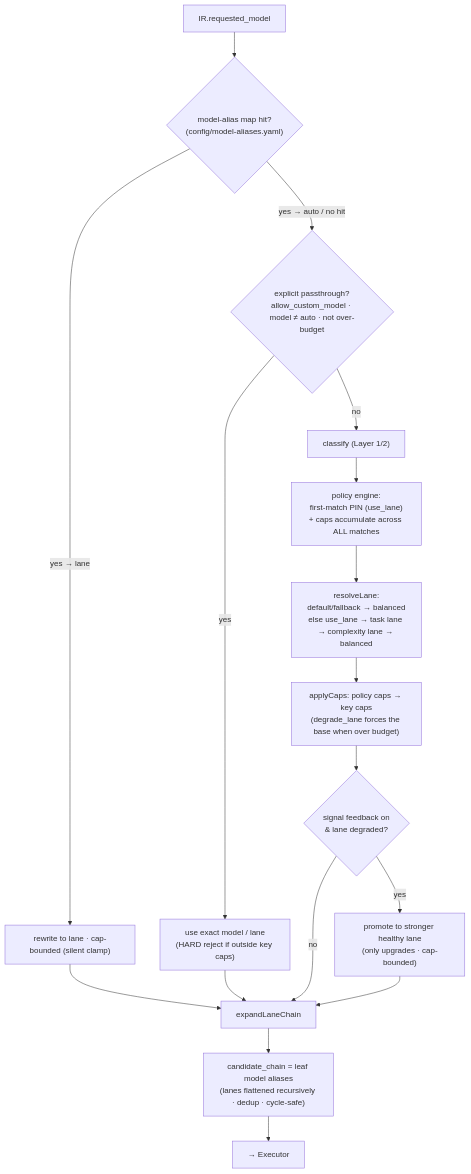
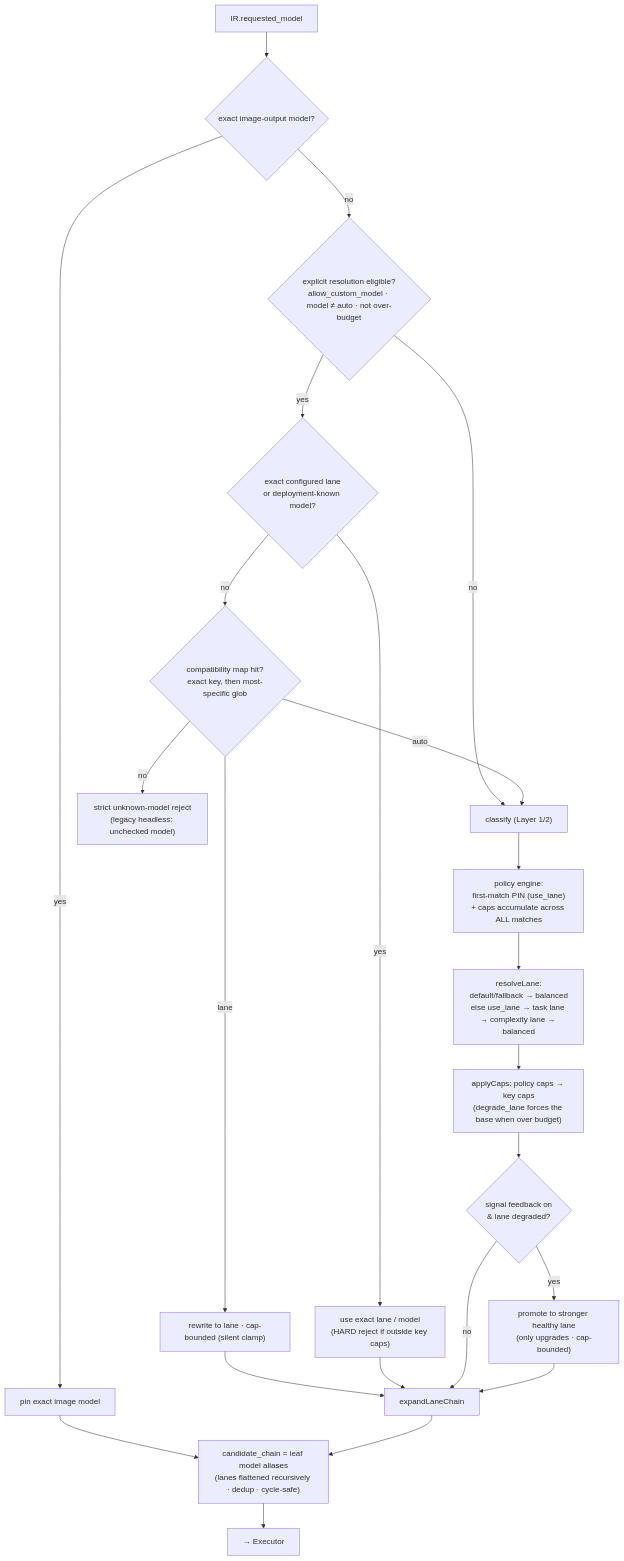
One commit to EasyMetaAu/helm-api changed the sixth of 13 diagrams in docs/architecture.md. Above: the diagram before and after it, drawn with Mermaid. The commit also changed other lines of this file and 8 other files, not shown here.

Commit message:
fix(routing): prefer exact model names

````diff
--- a/docs/architecture.md
+++ b/docs/architecture.md
@@ -256,19 +256,25 @@
 ```mermaid
 flowchart TD
-    A["IR.requested_model"] --> B{"model-alias map hit?<br/>(config/model-aliases.yaml)"}
-    B -- "yes → lane" --> C["rewrite to lane · cap-bounded (silent clamp)"]
-    B -- "yes → auto / no hit" --> D{"explicit passthrough?<br/>allow_custom_model · model ≠ auto · not over-budget"}
-    D -- "yes" --> P["use exact model / lane<br/>(HARD reject if outside key caps)"]
+    A["IR.requested_model"] --> I{"exact image-output model?"}
+    I -- "yes" --> IMG["pin exact image model"]
+    I -- "no" --> D{"explicit resolution eligible?<br/>allow_custom_model · model ≠ auto · not over-budget"}
     D -- "no" --> CL["classify (Layer 1/2)"]
+    D -- "yes" --> E{"exact configured lane<br/>or deployment-known model?"}
+    E -- "yes" --> P["use exact lane / model<br/>(HARD reject if outside key caps)"]
+    E -- "no" --> B{"compatibility map hit?<br/>exact key, then most-specific glob"}
+    B -- "lane" --> C["rewrite to lane · cap-bounded (silent clamp)"]
+    B -- "auto" --> CL
+    B -- "no" --> U["strict unknown-model reject<br/>(legacy headless: unchecked model)"]
+    IMG --> CH
     C --> EXP["expandLaneChain"]
     P --> EXP
     CL --> POL["policy engine:<br/>first-match PIN (use_lane)<br/>+ caps accumulate across ALL matches"]
     POL --> RES["resolveLane:<br/>default/fallback → balanced<br/>else use_lane → task lane → complexity lane → balanced"]
     RES --> CAP["applyCaps: policy caps → key caps<br/>(degrade_lane forces the base when over budget)"]
     CAP --> SIG{"signal feedback on<br/>& lane degraded?"}
     SIG -- "yes" --> PROMO["promote to stronger healthy lane<br/>(only upgrades · cap-bounded)"]
     SIG -- "no" --> EXP
     PROMO --> EXP
     EXP --> CH["candidate_chain = leaf model aliases<br/>(lanes flattened recursively · dedup · cycle-safe)"]
     CH --> EX["→ Executor"]
 ```
````
